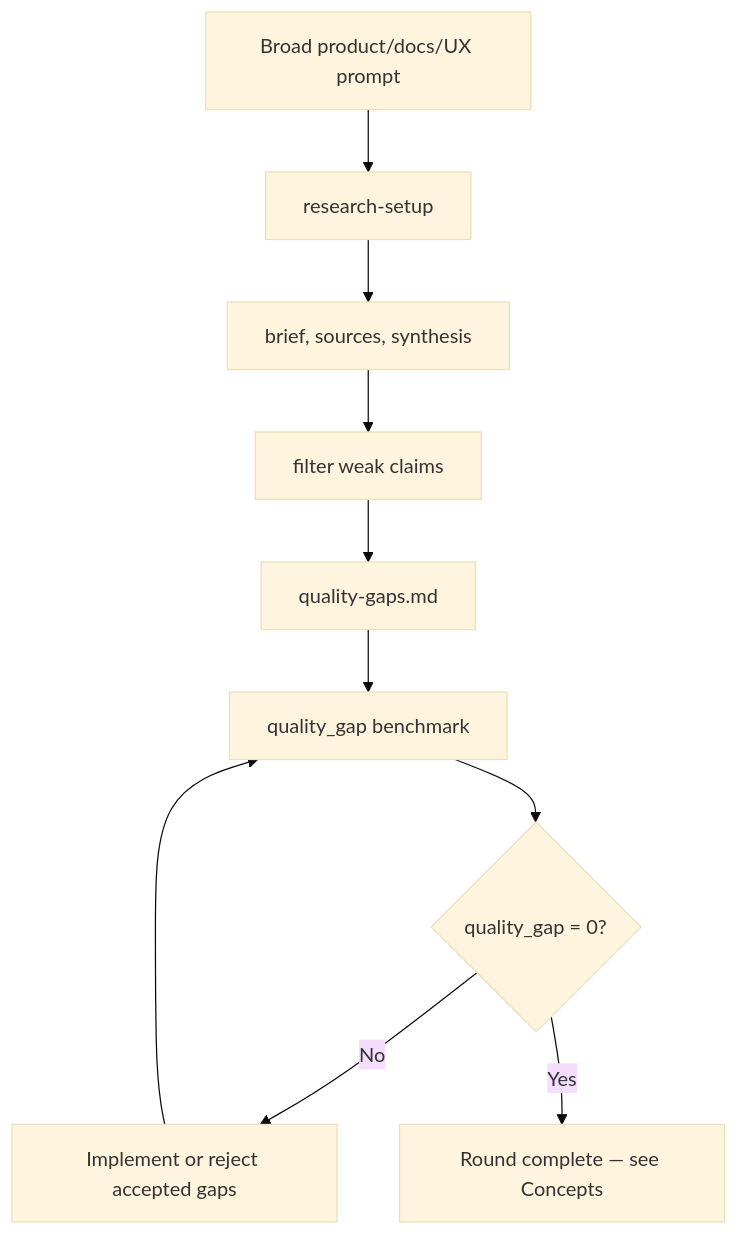
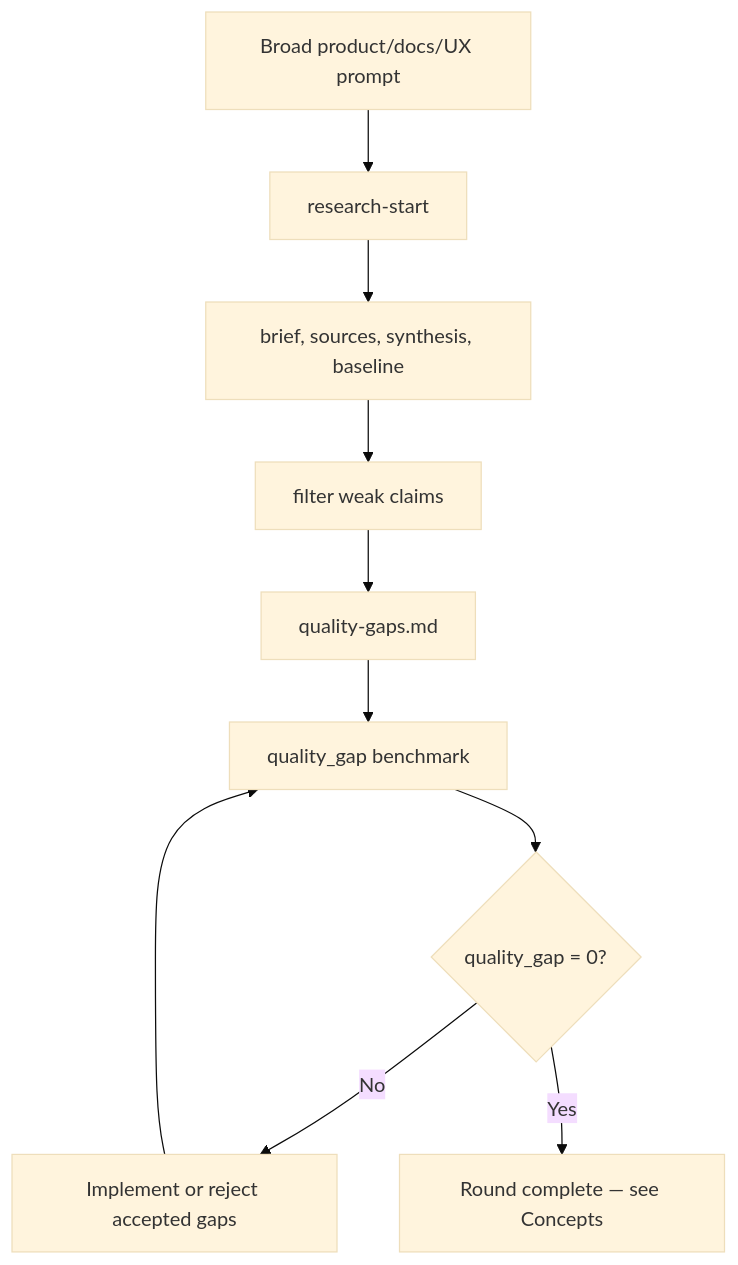
One commit to TheGreenCedar/codex-autoresearch changed the fifth of 6 diagrams in plugins/codex-autoresearch/docs/workflows.md. Above: the diagram before and after it, drawn with Mermaid (base theme). The commit also changed 7 other files, not shown here.

````diff
--- a/plugins/codex-autoresearch/docs/workflows.md
+++ b/plugins/codex-autoresearch/docs/workflows.md
@@ -84,12 +84,12 @@
 ```mermaid
 flowchart TD
-  A["Broad product/docs/UX prompt"] --> B["research-setup"]
-  B --> C["brief, sources, synthesis"]
+  A["Broad product/docs/UX prompt"] --> B["research-start"]
+  B --> C["brief, sources, synthesis, baseline"]
   C --> D["filter weak claims"]
   D --> E["quality-gaps.md"]
   E --> F["quality_gap benchmark"]
   F --> G{"quality_gap = 0?"}
   G -- "No" --> H["Implement or reject accepted gaps"]
   H --> F
   G -- "Yes" --> I["Round complete — see Concepts"]
 ```
````
